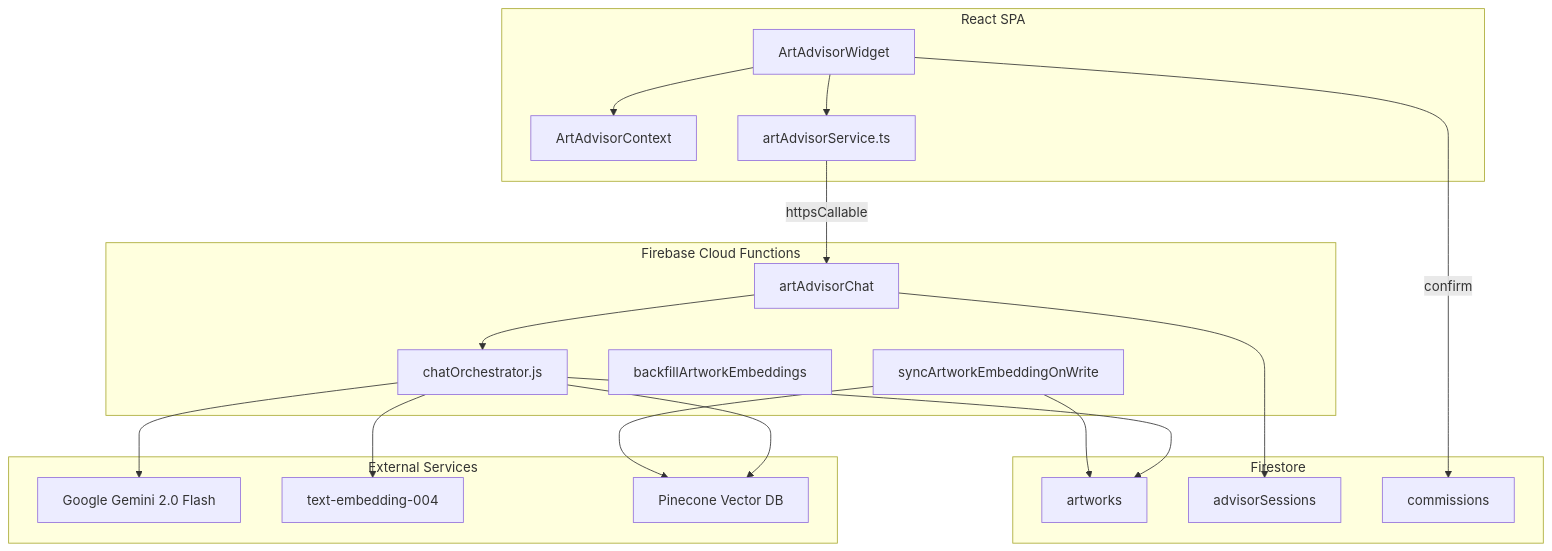
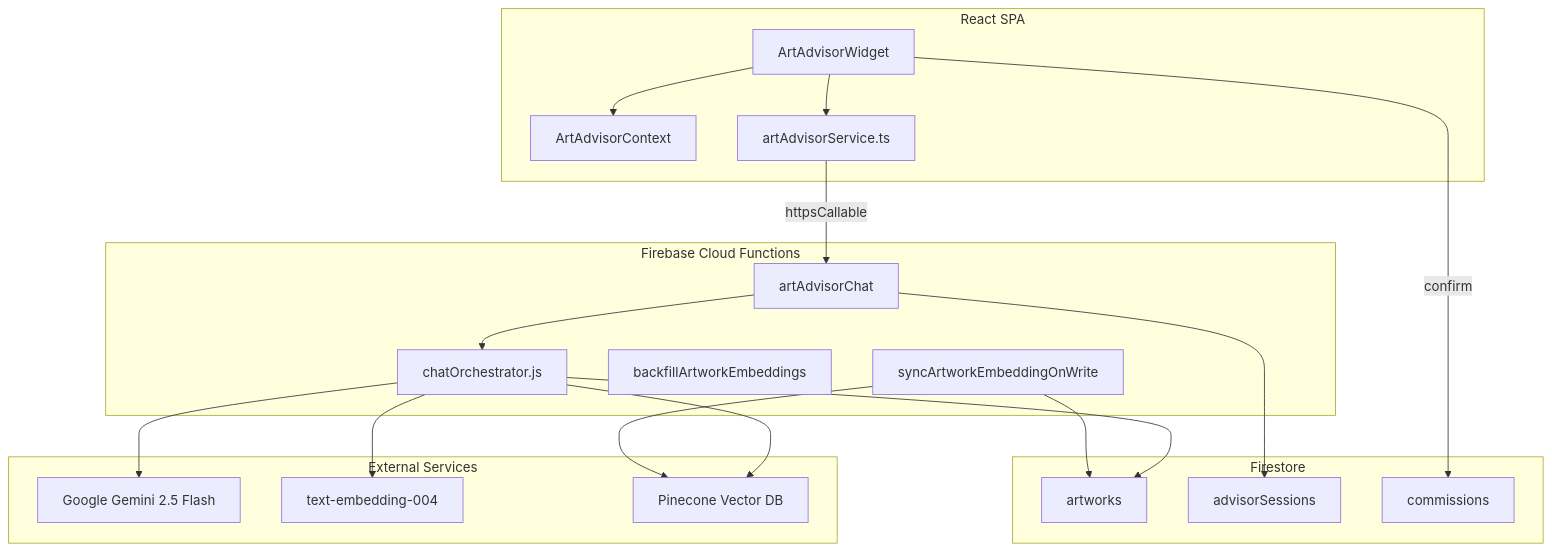
One commit to DevenderAmbati/Kalarang.art changed the diagram in AI_ART_ADVISOR.md. Above: the diagram before and after it, drawn with Mermaid. The commit also changed other lines of this file and 18 other files, not shown here.

````diff
--- a/AI_ART_ADVISOR.md
+++ b/AI_ART_ADVISOR.md
@@ -21,40 +24,40 @@
 ```mermaid
 flowchart TB
   subgraph Frontend["React SPA"]
     Widget["ArtAdvisorWidget"]
     Context["ArtAdvisorContext"]
     Service["artAdvisorService.ts"]
     Widget --> Context
     Widget --> Service
   end
 
   subgraph Firebase["Firebase Cloud Functions"]
     Chat["artAdvisorChat"]
     Sync["syncArtworkEmbeddingOnWrite"]
     Backfill["backfillArtworkEmbeddings"]
     Orchestrator["chatOrchestrator.js"]
     Chat --> Orchestrator
   end
 
   subgraph External["External Services"]
-    Gemini["Google Gemini 2.0 Flash"]
+    Gemini["Google Gemini 2.5 Flash"]
     Embed["text-embedding-004"]
     Pinecone["Pinecone Vector DB"]
   end
 
   subgraph Data["Firestore"]
     Artworks["artworks"]
     Sessions["advisorSessions"]
     Commissions["commissions"]
   end
 
   Service -->|httpsCallable| Chat
   Orchestrator --> Gemini
   Orchestrator --> Embed
   Orchestrator --> Pinecone
   Orchestrator --> Artworks
   Chat --> Sessions
   Sync --> Artworks
   Sync --> Pinecone
   Widget -->|confirm| Commissions
 ```
````
